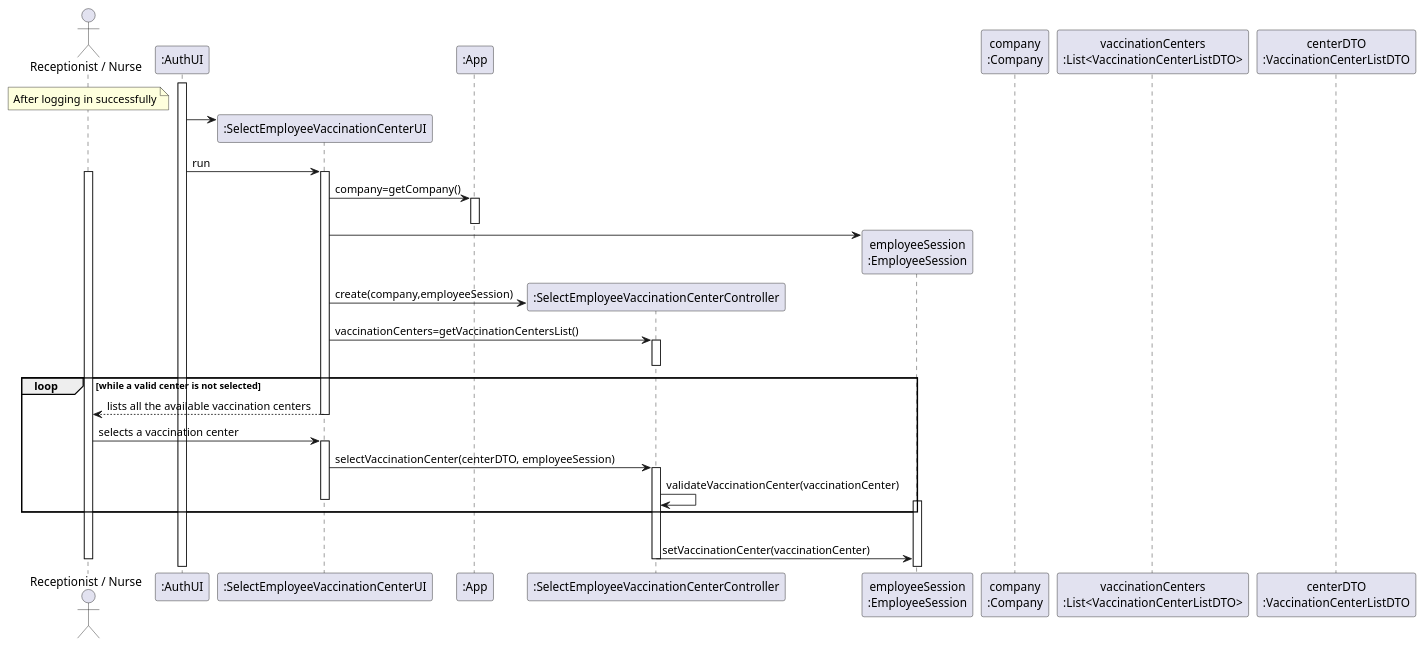
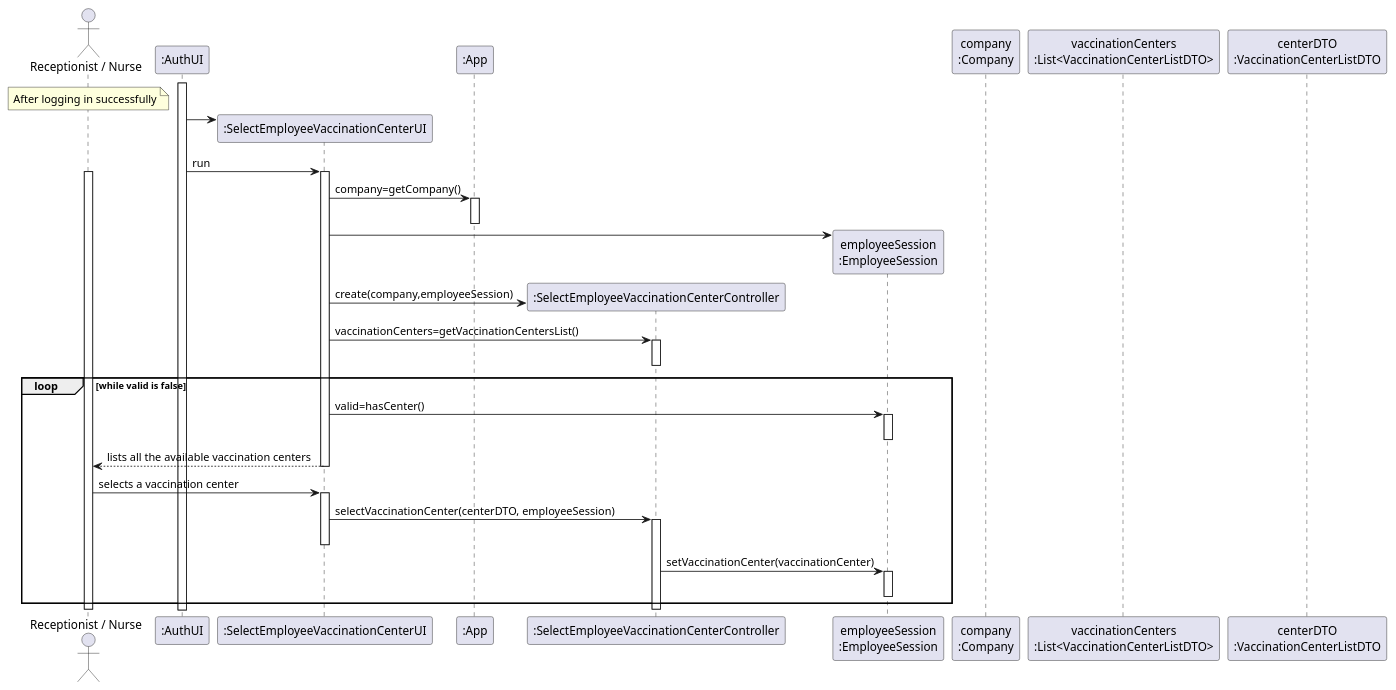
One commit to miseEnPlace-i/lapr2 changed the diagram in docs/SprintC/US05/SD/EmployeeLogin_SD.puml. Above: the diagram before and after it, drawn with PlantUML. The commit also changed 2 other files, not shown here.

Commit message:
docs(US05): updated select employee vaccination center SD

```diff
--- a/docs/SprintC/US05/SD/EmployeeLogin_SD.puml
+++ b/docs/SprintC/US05/SD/EmployeeLogin_SD.puml
@@ -1,63 +1,64 @@
 @startuml
 
 
 actor "Receptionist / Nurse" as NUR
 
 note over NUR
  After logging in successfully
 end note
 
 participant ":AuthUI" as AUTHUI
 
 activate AUTHUI
 create ":SelectEmployeeVaccinationCenterUI" as UI
 AUTHUI -> UI
 AUTHUI -> UI : run
 activate UI
 participant ":App" as APP
 activate NUR
 
 
 
 UI -> APP : company=getCompany()
 activate APP
 deactivate APP
 
 participant ":SelectEmployeeVaccinationCenterController" as CTRL
 participant "employeeSession\n:EmployeeSession" as SESSION
 UI -> SESSION **
 UI -> CTRL ** : create(company,employeeSession)
 
 UI -> CTRL : vaccinationCenters=getVaccinationCentersList()
 activate CTRL
 deactivate CTRL
 
-loop while a valid center is not selected
+loop while valid is false
+UI -> SESSION : valid=hasCenter()
+activate SESSION
+deactivate SESSION
+
 UI --> NUR : lists all the available vaccination centers
 deactivate UI
 
 participant "company\n:Company" as COMP
 
 NUR -> UI : selects a vaccination center
 activate UI
 UI -> CTRL : selectVaccinationCenter(centerDTO, employeeSession)
 activate CTRL
-CTRL -> CTRL : validateVaccinationCenter(vaccinationCenter)
 deactivate UI
+CTRL -> SESSION : setVaccinationCenter(vaccinationCenter)
 activate SESSION
 deactivate SESSION
 
 end loop
 
-|||
-
-CTRL -> SESSION : setVaccinationCenter(vaccinationCenter)
 deactivate CTRL
 
 deactivate UI
 
 deactivate NUR
 
 participant "vaccinationCenters\n:List<VaccinationCenterListDTO>" 
 participant "centerDTO\n:VaccinationCenterListDTO" 
 @enduml
```
